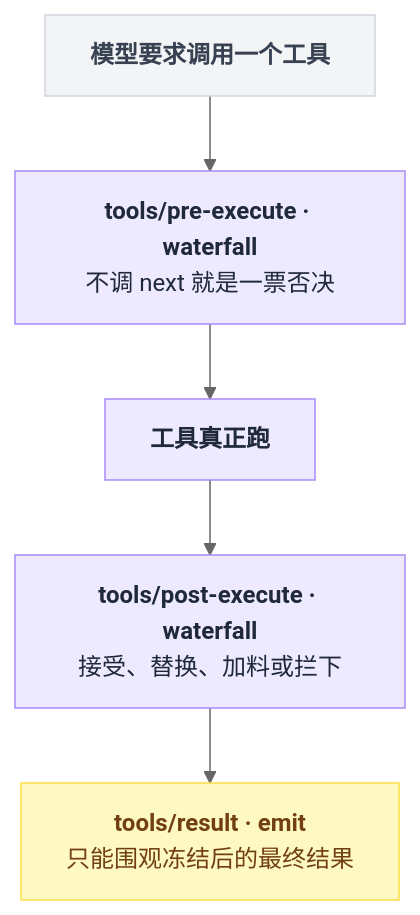
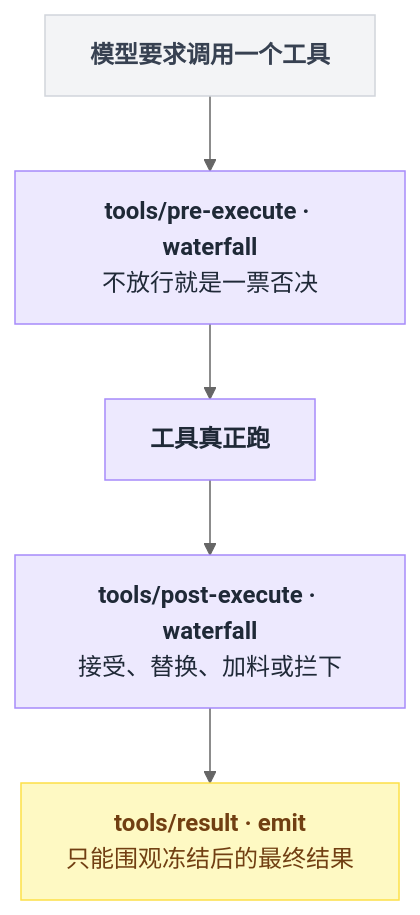
The first of 6 diagrams in 2026-08_DeepSeekHarness上手教程/10-事件系统.md (congwa/agent-dev), drawn with Mermaid (neutral theme) before and after one commit. The commit also changed other lines of this file, not shown here.

````diff
--- a/2026-08_DeepSeekHarness上手教程/10-事件系统.md
+++ b/2026-08_DeepSeekHarness上手教程/10-事件系统.md
@@ -29,17 +27,17 @@
 ```mermaid
 flowchart TD
     REQ["<b>模型要求调用一个工具</b>"]
-    P1["<b>tools/pre-execute · waterfall</b><br/>不调 next 就是一票否决"]
+    P1["<b>tools/pre-execute · waterfall</b><br/>不放行就是一票否决"]
     RUN["<b>工具真正跑</b>"]
     P2["<b>tools/post-execute · waterfall</b><br/>接受、替换、加料或拦下"]
     P3["<b>tools/result · emit</b><br/>只能围观冻结后的最终结果"]
 
     REQ --> P1 --> RUN --> P2 --> P3
 
     classDef main fill:#ede9fe,stroke:#a78bfa,color:#1f2937
     classDef entry fill:#f3f4f6,stroke:#d1d5db,color:#374151
     classDef note fill:#fef9c3,stroke:#fde047,color:#713f12
     class P1,RUN,P2 main
     class REQ entry
     class P3 note
 ```
````
